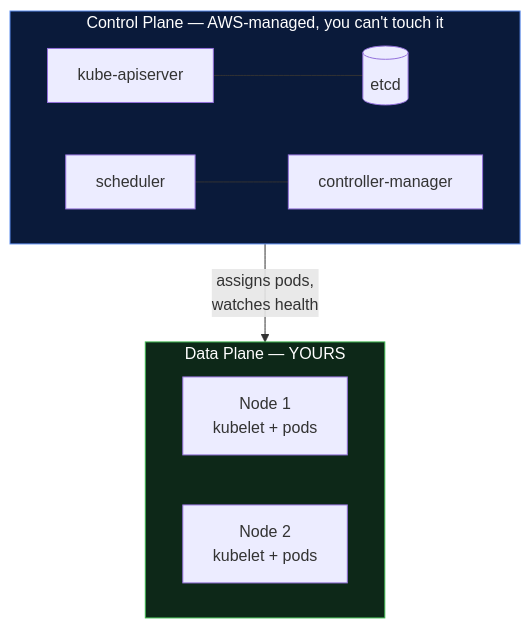
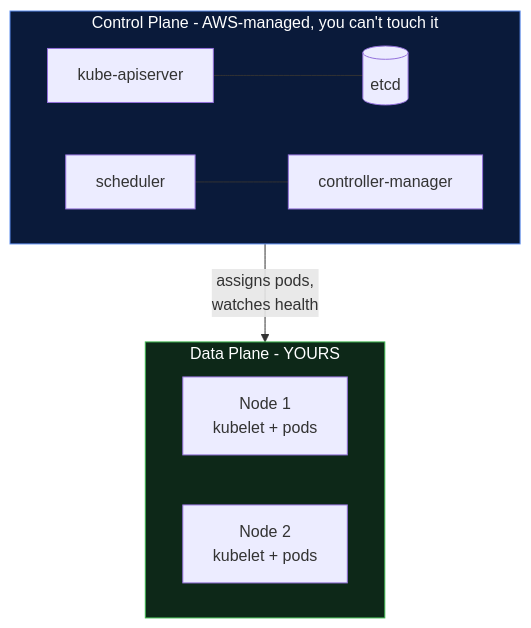
The first of 5 diagrams in day11-eks/eks-cluster-creation/02-eks-config-explanation.md (siva9800/learn-k8s), drawn with Mermaid before and after one commit. The commit also changed other lines of this file and 8 other files, not shown here.

````diff
--- a/day11-eks/eks-cluster-creation/02-eks-config-explanation.md
+++ b/day11-eks/eks-cluster-creation/02-eks-config-explanation.md
@@ -35,14 +35,14 @@
 ```mermaid
 flowchart TB
-    subgraph CP["Control Plane — AWS-managed, you can't touch it"]
+    subgraph CP["Control Plane - AWS-managed, you can't touch it"]
       API["kube-apiserver"] --- ETCD[("etcd")]
       SCHED["scheduler"] --- CM["controller-manager"]
     end
-    subgraph DP["Data Plane — YOURS"]
+    subgraph DP["Data Plane - YOURS"]
       N1["Node 1<br/>kubelet + pods"]
       N2["Node 2<br/>kubelet + pods"]
     end
     CP -->|"assigns pods,<br/>watches health"| DP
     style CP fill:#0a1a3a,stroke:#5b8def,color:#fff
     style DP fill:#0d2818,stroke:#3fb950,color:#fff
 ```
````
